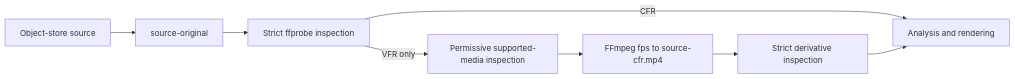
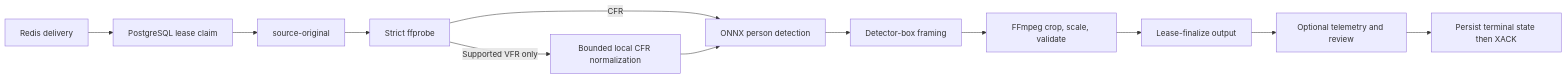
The diagram in docs/specs/worker/runtime-and-pipeline.md (o0O96O0o/boulder-frame), drawn with Mermaid before and after one commit. The commit also changed other lines of this file and 56 other files, not shown here.

Commit message:
ref: detector-only framing pipeline

````diff
--- a/docs/specs/worker/runtime-and-pipeline.md
+++ b/docs/specs/worker/runtime-and-pipeline.md
@@ -187,10 +18,14 @@
 ```mermaid
 flowchart LR
-    S[Object-store source] --> O[source-original]
-    O --> I[Strict ffprobe inspection]
-    I -->|CFR| D[Analysis and rendering]
-    I -->|VFR only| P[Permissive supported-media inspection]
-    P --> N[FFmpeg fps to source-cfr.mp4]
-    N --> V[Strict derivative inspection]
-    V --> D
+  Q[Redis delivery] --> L[PostgreSQL lease claim]
+  L --> S[source-original]
+  S --> I[Strict ffprobe]
+  I -->|CFR| D[ONNX person detection]
+  I -->|Supported VFR only| N[Bounded local CFR normalization]
+  N --> D
+  D --> F[Detector-box framing]
+  F --> R[FFmpeg crop, scale, validate]
+  R --> O[Lease-finalize output]
+  O --> V[Optional telemetry and review]
+  V --> T[Persist terminal state then XACK]
 ```
````
